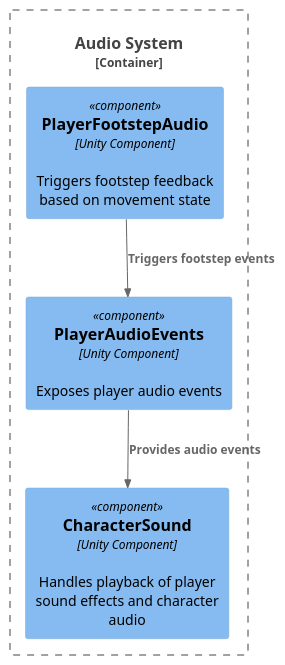
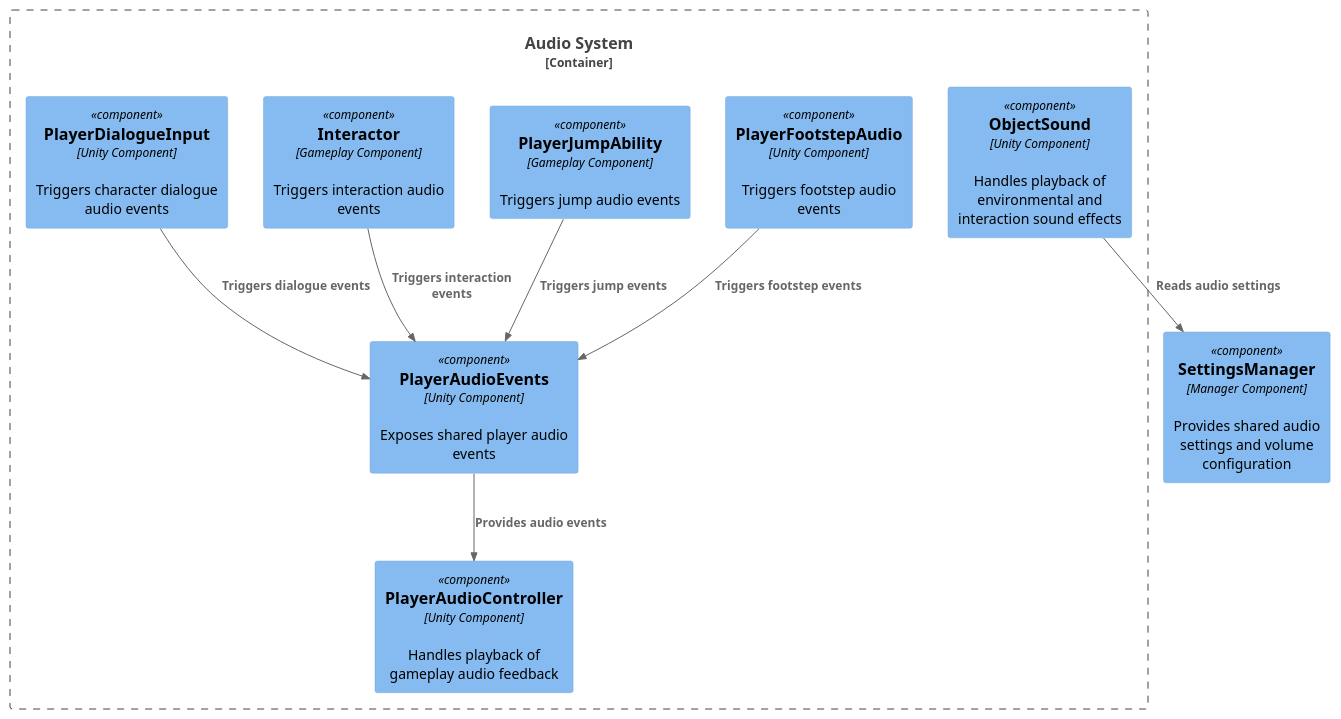
One commit to Bachelor-Parallax/Parallax changed the diagram in Diagrams/Player Controller System/Audio.puml. Above: the diagram before and after it, drawn with PlantUML. The commit also changed 10 other files, not shown here.

Commit message:
diagrams

```diff
--- a/Diagrams/Player Controller System/Audio.puml
+++ b/Diagrams/Player Controller System/Audio.puml
@@ -1,19 +1,37 @@
 @startuml
 !include https://raw.githubusercontent.com/plantuml-stdlib/C4-PlantUML/master/C4_Component.puml
 
 SHOW_PERSON_OUTLINE()
 
 Container_Boundary(audio, "Audio System") {
 
-    Component(footstepAudio, "PlayerFootstepAudio", "Unity Component", "Triggers footstep feedback based on movement state")
+    Component(audioEvents, "PlayerAudioEvents", "Unity Component", "Exposes shared player audio events")
 
-    Component(audioEvents, "PlayerAudioEvents", "Unity Component", "Exposes player audio events")
+    Component(audioController, "PlayerAudioController", "Unity Component", "Handles playback of gameplay audio feedback")
 
-    Component(characterSound, "CharacterSound", "Unity Component", "Handles playback of player sound effects and character audio")
+    Component(footstepAudio, "PlayerFootstepAudio", "Unity Component", "Triggers footstep audio events")
+
+    Component(jumpAbility, "PlayerJumpAbility", "Gameplay Component", "Triggers jump audio events")
+
+    Component(interactor, "Interactor", "Gameplay Component", "Triggers interaction audio events")
+
+    Component(dialogueInput, "PlayerDialogueInput", "Unity Component", "Triggers character dialogue audio events")
+
+    Component(objectSound, "ObjectSound", "Unity Component", "Handles playback of environmental and interaction sound effects")
+
 }
+    Component(settingsManager, "SettingsManager", "Manager Component", "Provides shared audio settings and volume configuration")
 
 Rel(footstepAudio, audioEvents, "Triggers footstep events")
 
-Rel(audioEvents, characterSound, "Provides audio events")
+Rel(jumpAbility, audioEvents, "Triggers jump events")
+
+Rel(interactor, audioEvents, "Triggers interaction events")
+
+Rel(dialogueInput, audioEvents, "Triggers dialogue events")
+
+Rel(audioEvents, audioController, "Provides audio events")
+
+Rel(objectSound, settingsManager, "Reads audio settings")
 
 @enduml
```
